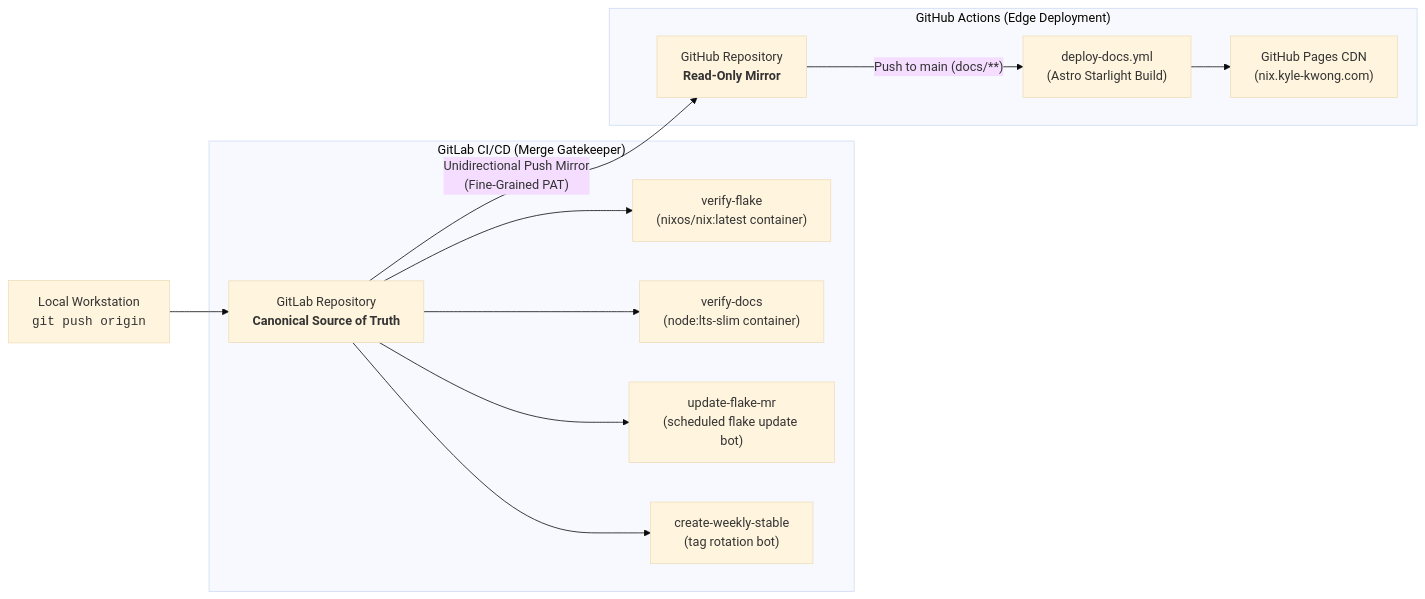
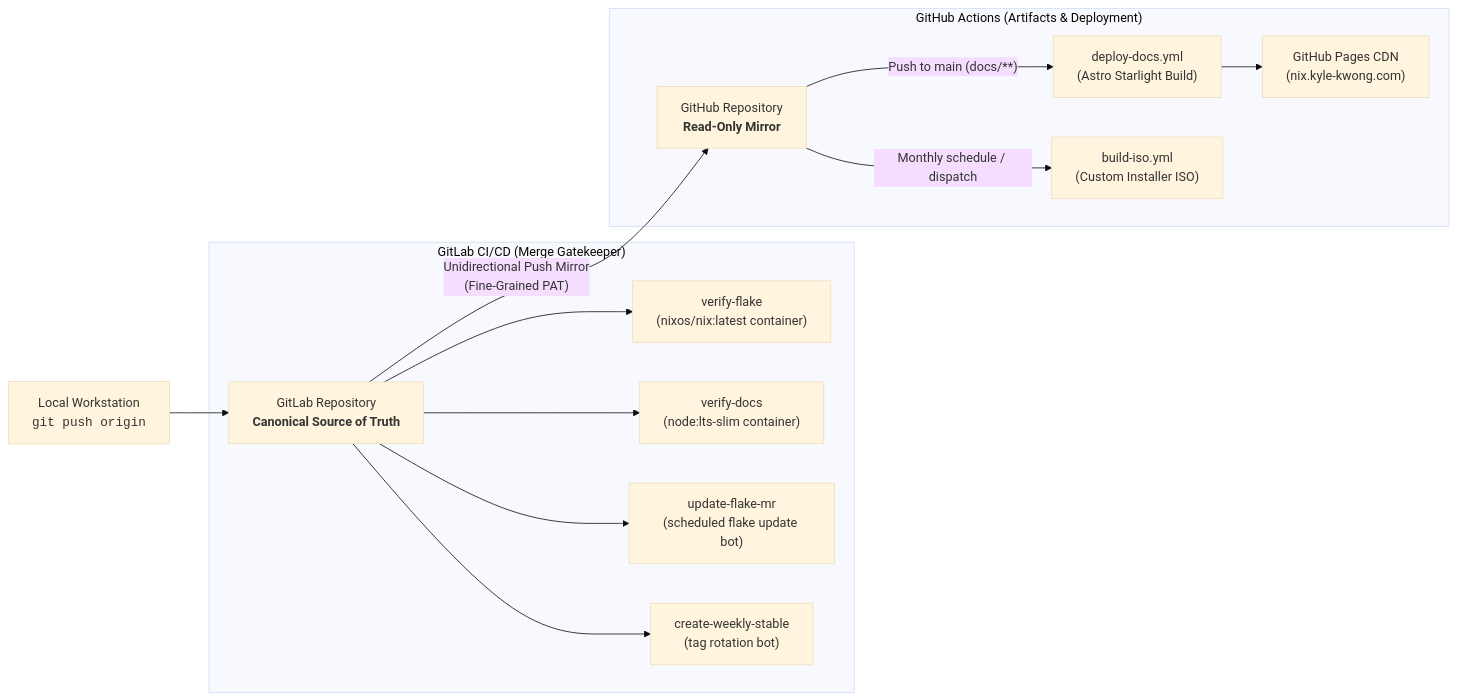
The first of 2 diagrams in docs/src/content/docs/split-ci.md (SYKwong/nix-config), drawn with Mermaid (base theme) before and after one commit. The commit also changed 6 other files, not shown here.

Commit message:
feat(installer): add custom installer ISO with pre-embedded repo and automated release workflow

````diff
--- a/docs/src/content/docs/split-ci.md
+++ b/docs/src/content/docs/split-ci.md
@@ -18,18 +18,19 @@
 ```mermaid
 flowchart LR
     dev["Local Workstation<br/><code>git push origin</code>"] --> gitlab["GitLab Repository<br/><b>Canonical Source of Truth</b>"]
 
     subgraph gitlab_ci ["GitLab CI/CD (Merge Gatekeeper)"]
         gitlab --> test["verify-flake<br/>(nixos/nix:latest container)"]
         gitlab --> docs_check["verify-docs<br/>(node:lts-slim container)"]
         gitlab --> lock_bot["update-flake-mr<br/>(scheduled flake update bot)"]
         gitlab --> stable_tag["create-weekly-stable<br/>(tag rotation bot)"]
     end
 
     gitlab -- "Unidirectional Push Mirror<br/>(Fine-Grained PAT)" --> github["GitHub Repository<br/><b>Read-Only Mirror</b>"]
 
-    subgraph github_actions ["GitHub Actions (Edge Deployment)"]
+    subgraph github_actions ["GitHub Actions (Artifacts & Deployment)"]
         github -- "Push to main (docs/**)" --> deploy["deploy-docs.yml<br/>(Astro Starlight Build)"]
         deploy --> pages["GitHub Pages CDN<br/>(nix.kyle-kwong.com)"]
+        github -- "Monthly schedule / dispatch" --> build_iso["build-iso.yml<br/>(Custom Installer ISO)"]
     end
 ```
````
